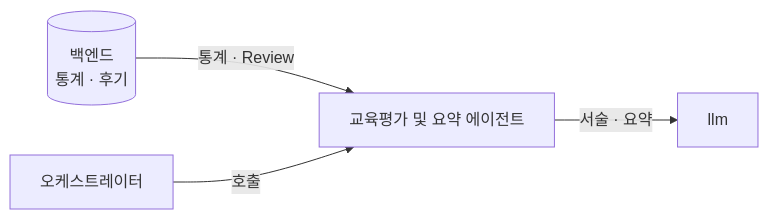
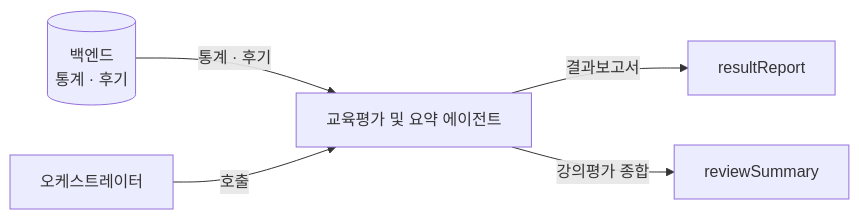
One commit to Doc-AI-Agent-development/Doc-AI-Agent-development.github.io changed the first of 2 diagrams in docs/agents/eval_survey_summary.md. Above: the diagram before and after it, drawn with Mermaid. The commit also changed other lines of this file and 3 other files, not shown here.

First line of the commit message:
Refine 4 agent diagrams and wording

````diff
--- a/docs/agents/eval_survey_summary.md
+++ b/docs/agents/eval_survey_summary.md
@@ -24,6 +24,7 @@
 ```mermaid
 flowchart LR
-    BE[("백엔드<br/>통계 · 후기")] -->|"통계 · Review"| SVC["교육평가 및 요약 에이전트"]
+    BE[("백엔드<br/>통계 · 후기")] -->|"통계 · 후기"| SVC["교육평가 및 요약 에이전트"]
     ORCH["오케스트레이터"] -->|"호출"| SVC
-    SVC -->|"서술 · 요약"| LLM["llm"]
+    SVC -->|"결과보고서"| O1["resultReport"]
+    SVC -->|"강의평가 종합"| O2["reviewSummary"]
 ```
````
